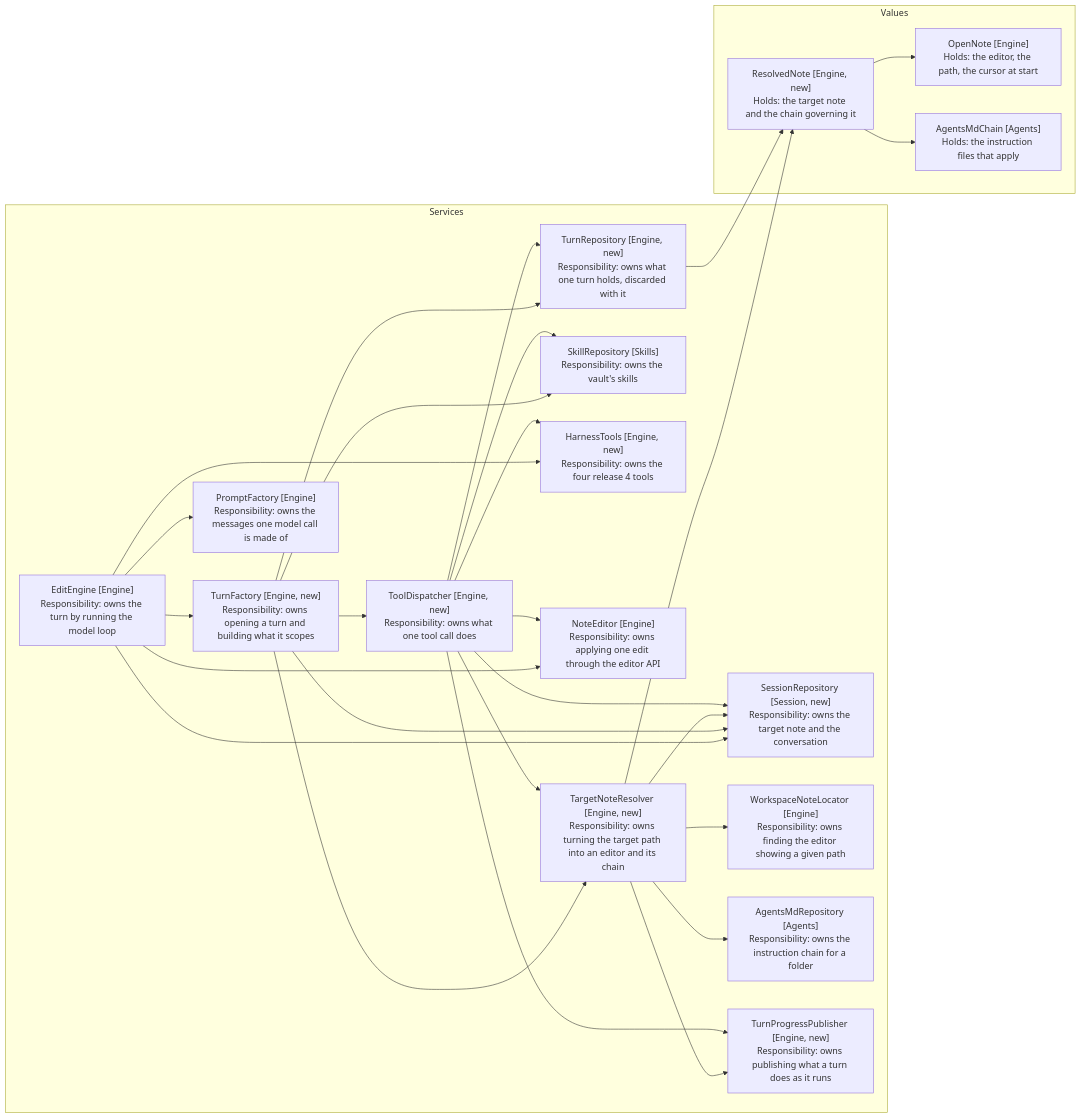
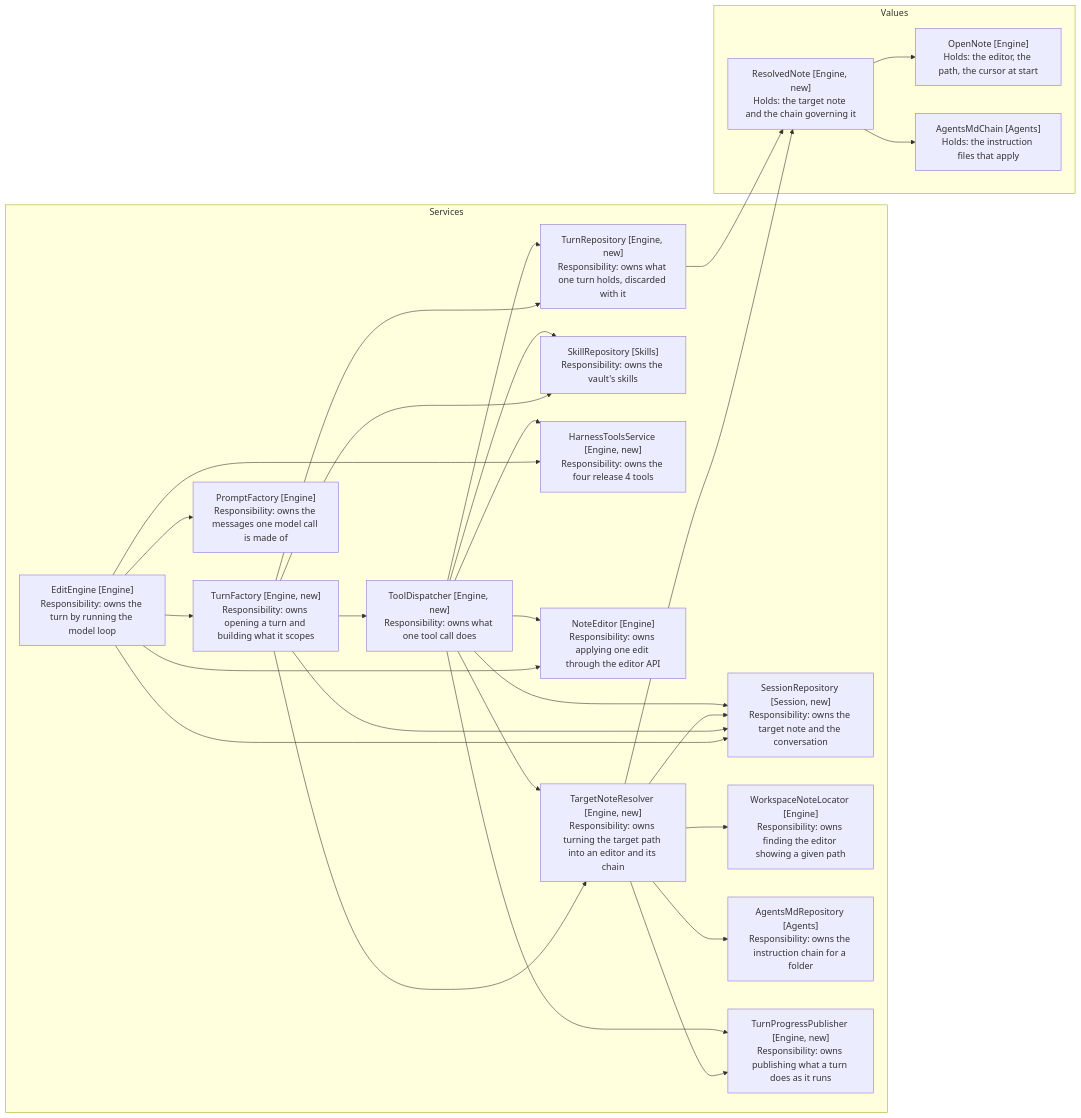
One commit to iparips/obsidian-owl changed the first of 2 diagrams in docs/spec/4-harness-mvp/05-component-design.md. Above: the diagram before and after it, drawn with Mermaid. The commit also changed 43 other files, not shown here.

````diff
--- a/docs/spec/4-harness-mvp/05-component-design.md
+++ b/docs/spec/4-harness-mvp/05-component-design.md
@@ -61,54 +61,54 @@
 ```mermaid
 flowchart LR
     subgraph Services["Services"]
         Engine["EditEngine [Engine]<br/>Responsibility: owns the turn by running the model loop"]
         Resolver["TargetNoteResolver [Engine, new]<br/>Responsibility: owns turning the target path into an editor and its chain"]
         Factory["TurnFactory [Engine, new]<br/>Responsibility: owns opening a turn and building what it scopes"]
         Dispatcher["ToolDispatcher [Engine, new]<br/>Responsibility: owns what one tool call does"]
         Sessions["SessionRepository [Session, new]<br/>Responsibility: owns the target note and the conversation"]
         Locator["WorkspaceNoteLocator [Engine]<br/>Responsibility: owns finding the editor showing a given path"]
         AgentsMd["AgentsMdRepository [Agents]<br/>Responsibility: owns the instruction chain for a folder"]
         Skills["SkillRepository [Skills]<br/>Responsibility: owns the vault's skills"]
-        Harness["HarnessTools [Engine, new]<br/>Responsibility: owns the four release 4 tools"]
+        Harness["HarnessToolsService [Engine, new]<br/>Responsibility: owns the four release 4 tools"]
         Editor["NoteEditor [Engine]<br/>Responsibility: owns applying one edit through the editor API"]
         Progress["TurnProgressPublisher [Engine, new]<br/>Responsibility: owns publishing what a turn does as it runs"]
         Prompt["PromptFactory [Engine]<br/>Responsibility: owns the messages one model call is made of"]
         Turn["TurnRepository [Engine, new]<br/>Responsibility: owns what one turn holds, discarded with it"]
     end
 
     subgraph Values["Values"]
         Resolved["ResolvedNote [Engine, new]<br/>Holds: the target note and the chain governing it"]
         Note["OpenNote [Engine]<br/>Holds: the editor, the path, the cursor at start"]
         Chain["AgentsMdChain [Agents]<br/>Holds: the instruction files that apply"]
     end
 
     Engine --> Factory
     Engine --> Sessions
     Engine --> Harness
     Engine --> Editor
     Engine --> Prompt
 
     Factory --> Resolver
     Factory --> Dispatcher
     Factory --> Sessions
     Factory --> Skills
     Factory --> Turn
 
     Resolver --> Sessions
     Resolver --> Locator
     Resolver --> AgentsMd
     Resolver --> Progress
     Resolver --> Resolved
 
     Dispatcher --> Resolver
     Dispatcher --> Sessions
     Dispatcher --> Skills
     Dispatcher --> Harness
     Dispatcher --> Editor
     Dispatcher --> Progress
     Dispatcher --> Turn
 
     Turn --> Resolved
     Resolved --> Note
     Resolved --> Chain
 ```
````
